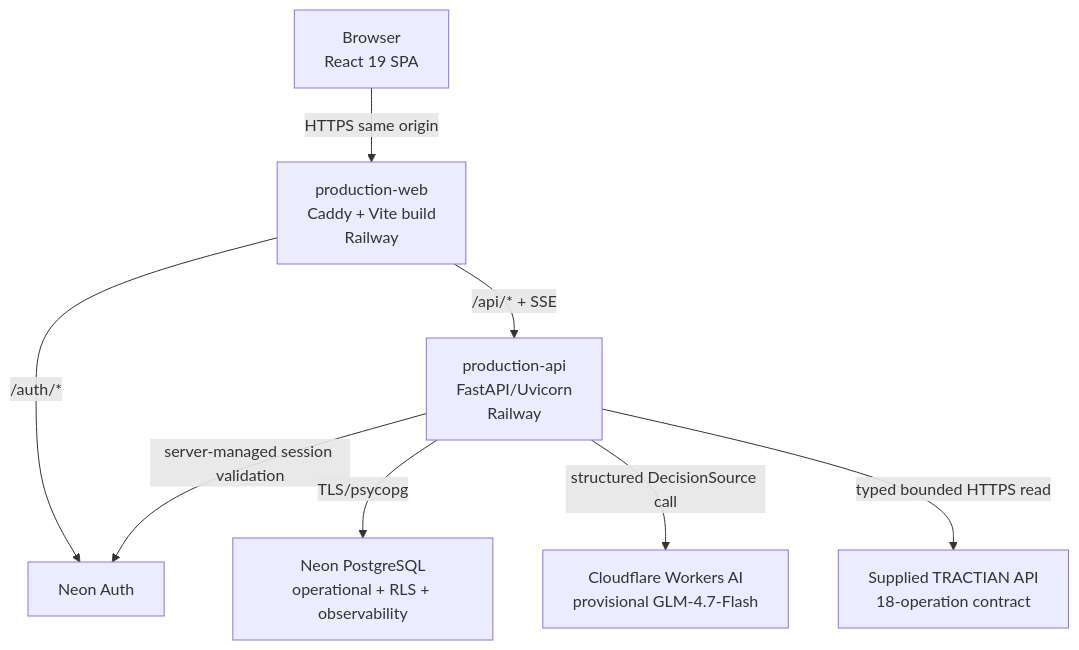
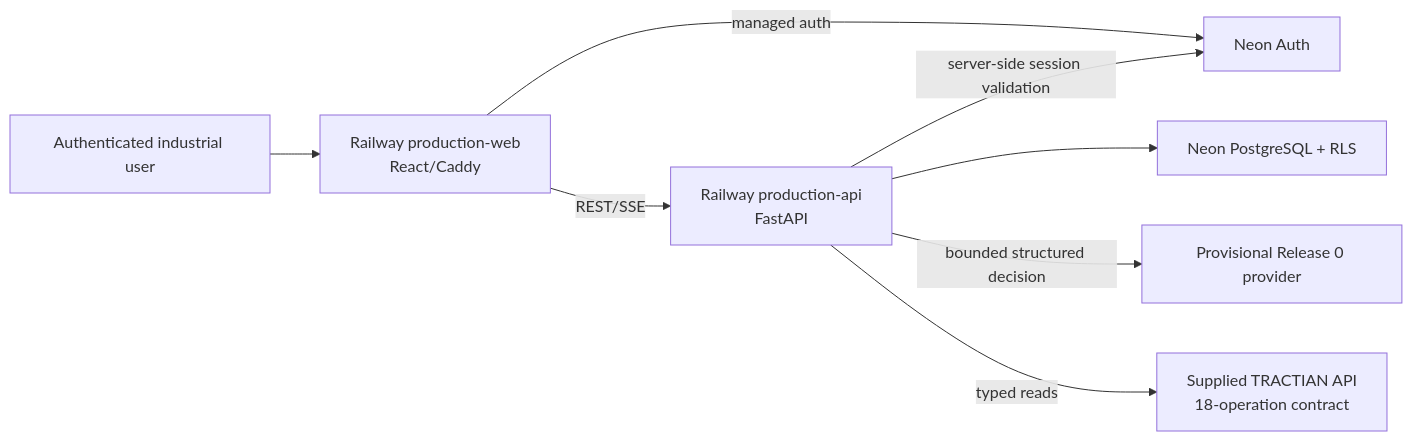
Before and after one commit to pablo-marchina/academy-tractian: the diagram in docs/ARCHITECTURE.md, drawn with Mermaid. The commit also changed other lines of this file, not shown here.

Commit message:
docs: separate promoted architecture from provider challenger path

````diff
--- a/docs/ARCHITECTURE.md
+++ b/docs/ARCHITECTURE.md
@@ -33,18 +12,18 @@
 ```mermaid
-flowchart TB
-    B[Browser\nReact 19 SPA]
-    W[production-web\nCaddy + Vite build\nRailway]
-    API[production-api\nFastAPI/Uvicorn\nRailway]
+flowchart LR
+    U[Authenticated industrial user]
+    W[Railway production-web\nReact/Caddy]
+    API[Railway production-api\nFastAPI]
     AUTH[Neon Auth]
-    DB[Neon PostgreSQL\noperational + RLS + observability]
-    CF[Cloudflare Workers AI\nprovisional GLM-4.7-Flash]
-    TR[Supplied TRACTIAN API\n18-operation contract]
+    DB[Neon PostgreSQL + RLS]
+    P[Provisional Release 0 provider]
+    T[Supplied TRACTIAN API\n18-operation contract]
 
-    B -->|HTTPS same origin| W
-    W -->|/auth/*| AUTH
-    W -->|/api/* + SSE| API
-    API -->|server-managed session validation| AUTH
-    API -->|TLS/psycopg| DB
-    API -->|structured DecisionSource call| CF
-    API -->|typed bounded HTTPS read| TR
+    U --> W
+    W -->|managed auth| AUTH
+    W -->|REST/SSE| API
+    API -->|server-side session validation| AUTH
+    API --> DB
+    API -->|bounded structured decision| P
+    API -->|typed reads| T
 ```
````
